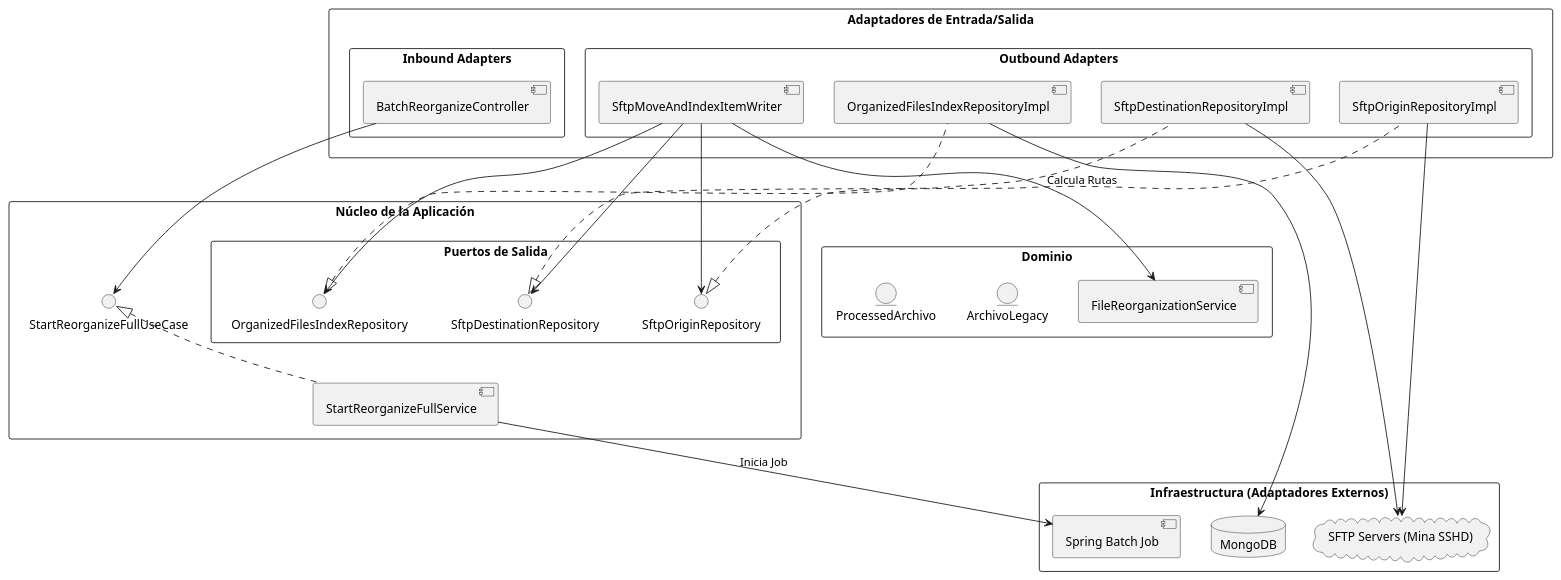
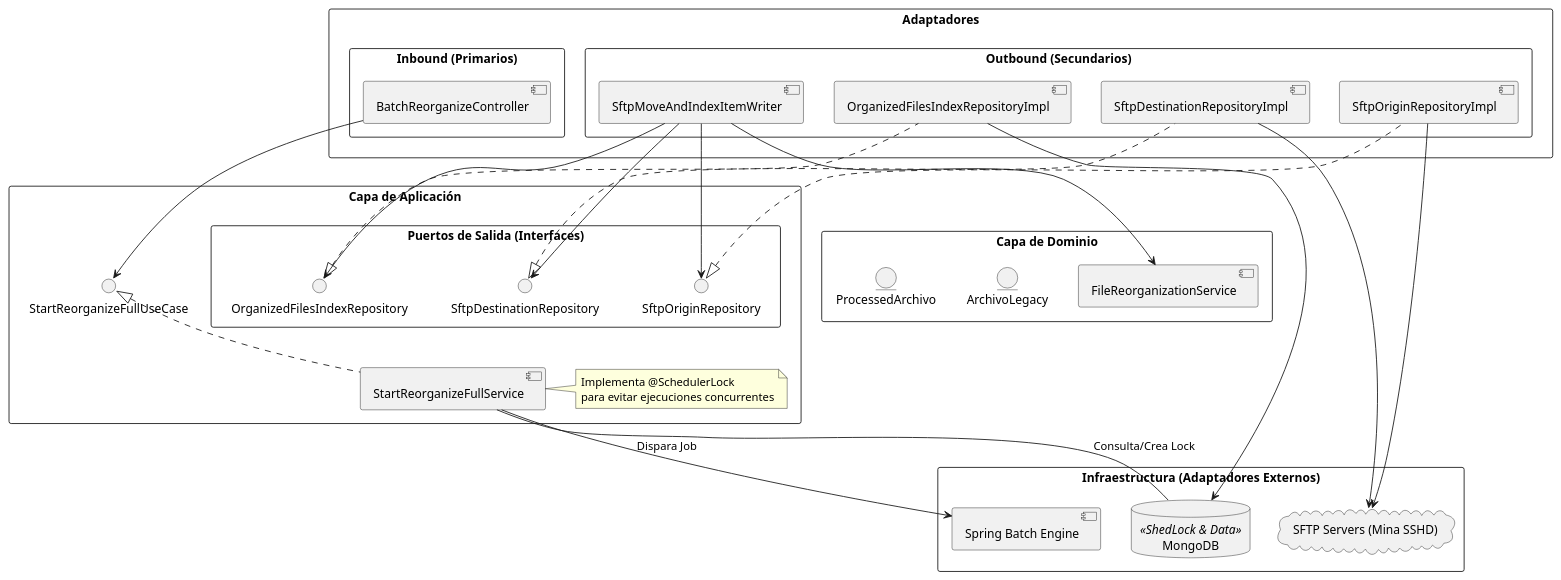
Before and after one commit to hahuaranga/dvsmart_reorganization_api: the diagram in diagrama_arquitectura_hexagonal.puml, drawn with PlantUML. The commit also changed 5 other files, not shown here.

Commit message:
Se agrega tolerancia a fallos para batch, diagramas y cierre de sesion en fallo Signed-off-by: hecto <hecto@Hector_Huaranga.mshome.net>

```diff
--- a/diagrama_arquitectura_hexagonal.puml
+++ b/diagrama_arquitectura_hexagonal.puml
@@ -1,59 +1,65 @@
 @startuml
 skinparam componentStyle uml2
 skinparam packageStyle rectangle
 
 package "Infraestructura (Adaptadores Externos)" {
-    [Spring Batch Job] as BATCH
-    database "MongoDB" as DB
+    database "MongoDB" as DB <<ShedLock & Data>>
     cloud "SFTP Servers (Mina SSHD)" as SFTP
+    [Spring Batch Engine] as BATCH
 }
 
-package "Adaptadores de Entrada/Salida" {
-    package "Inbound Adapters" {
+package "Adaptadores" {
+    package "Inbound (Primarios)" {
         [BatchReorganizeController] as CTRL
     }
     
-    package "Outbound Adapters" {
+    package "Outbound (Secundarios)" {
         [SftpMoveAndIndexItemWriter] as WRITER
-        [SftpOriginRepositoryImpl] as SFTP_ORIG
-        [SftpDestinationRepositoryImpl] as SFTP_DEST
-        [OrganizedFilesIndexRepositoryImpl] as MONGO_REPO
+        [SftpOriginRepositoryImpl] as SFTP_ORIG_ADAPT
+        [SftpDestinationRepositoryImpl] as SFTP_DEST_ADAPT
+        [OrganizedFilesIndexRepositoryImpl] as MONGO_REPO_ADAPT
     }
 }
 
-package "Núcleo de la Aplicación" {
-    interface "StartReorganizeFullUseCase" as PORT_IN
+package "Capa de Aplicación" {
+    interface "StartReorganizeFullUseCase" as UC_IN
     [StartReorganizeFullService] as APP_SERVICE
     
-    package "Puertos de Salida" {
+    note right of APP_SERVICE
+      Implementa @SchedulerLock
+      para evitar ejecuciones concurrentes
+    end note
+
+    package "Puertos de Salida (Interfaces)" {
         interface "SftpOriginRepository" as P_ORIG
         interface "SftpDestinationRepository" as P_DEST
         interface "OrganizedFilesIndexRepository" as P_REPO
     }
 }
 
-package "Dominio" {
+package "Capa de Dominio" {
     [FileReorganizationService] as DOM_SERVICE
     entity "ArchivoLegacy" as ENT_LEGACY
     entity "ProcessedArchivo" as ENT_PROCESSED
 }
 
 ' Relaciones
-CTRL --> PORT_IN
-APP_SERVICE .up.|> PORT_IN
-APP_SERVICE --> BATCH : "Inicia Job"
+CTRL --> UC_IN
+APP_SERVICE .up.|> UC_IN
+APP_SERVICE --> BATCH : "Dispara Job"
+APP_SERVICE -- DB : "Consulta/Crea Lock"
 
-WRITER --> DOM_SERVICE : "Calcula Rutas"
+WRITER --> DOM_SERVICE
 WRITER --> P_ORIG
 WRITER --> P_DEST
 WRITER --> P_REPO
 
-SFTP_ORIG .up.|> P_ORIG
-SFTP_DEST .up.|> P_DEST
-MONGO_REPO .up.|> P_REPO
+SFTP_ORIG_ADAPT .up.|> P_ORIG
+SFTP_DEST_ADAPT .up.|> P_DEST
+MONGO_REPO_ADAPT .up.|> P_REPO
 
-SFTP_ORIG --> SFTP
-SFTP_DEST --> SFTP
-MONGO_REPO --> DB
+SFTP_ORIG_ADAPT --> SFTP
+SFTP_DEST_ADAPT --> SFTP
+MONGO_REPO_ADAPT --> DB
 
 @enduml
```
